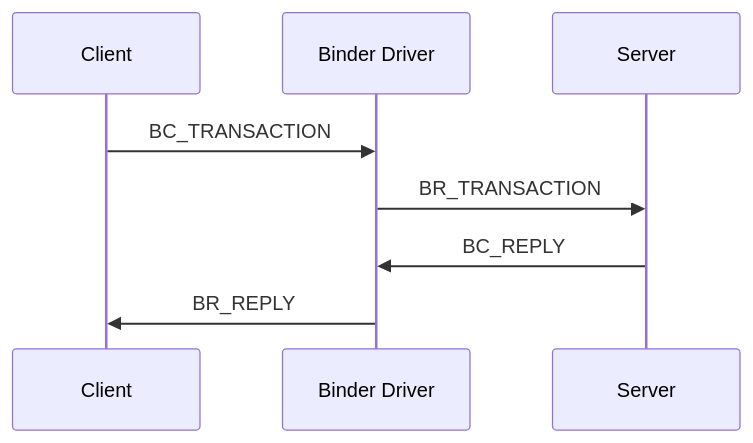
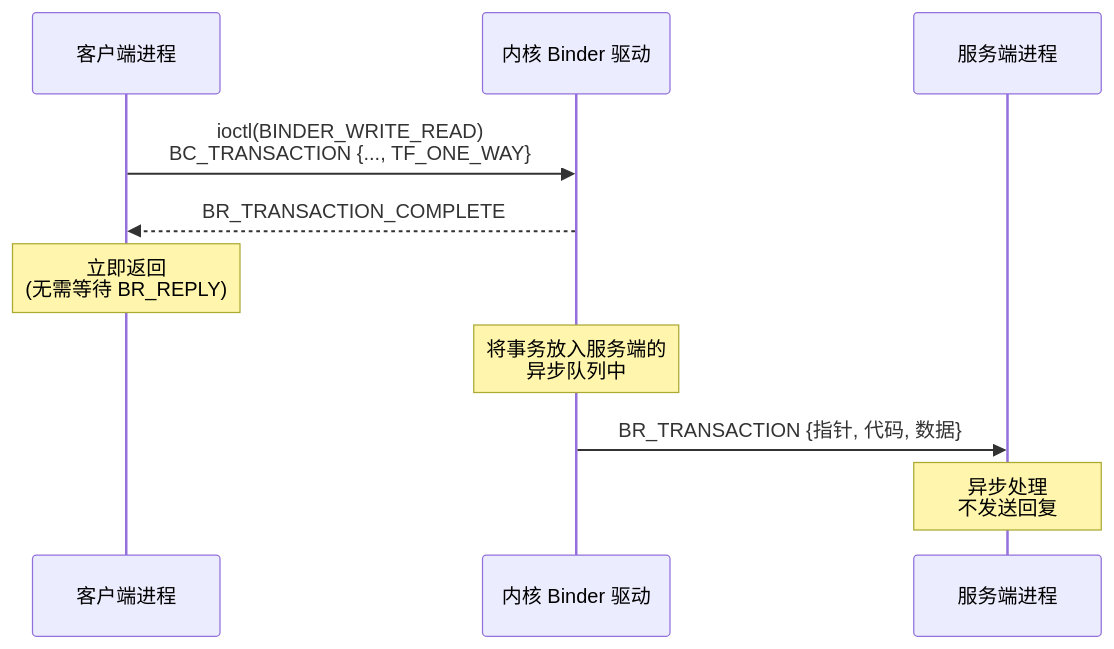
The third of 12 diagrams in 09-binder-ipc-zh.md (fwrite0920/aosp-internal-book), drawn with Mermaid before and after one commit. The commit also changed other lines of this file and 63 other files, not shown here.

````diff
--- a/09-binder-ipc-zh.md
+++ b/09-binder-ipc-zh.md
@@ -122,11 +295,14 @@
 ```mermaid
 sequenceDiagram
-    participant C as Client
-    participant K as Binder Driver
-    participant S as Server
+    participant Client as 客户端进程
+    participant KD as 内核 Binder 驱动
+    participant Server as 服务端进程
 
-    C->>K: BC_TRANSACTION
-    K->>S: BR_TRANSACTION
-    S->>K: BC_REPLY
-    K->>C: BR_REPLY
+    Client->>KD: ioctl(BINDER_WRITE_READ)<br/>BC_TRANSACTION {..., TF_ONE_WAY}
+    KD-->>Client: BR_TRANSACTION_COMPLETE
+    Note over Client: 立即返回<br/>(无需等待 BR_REPLY)
+
+    Note over KD: 将事务放入服务端的<br/>异步队列中
+    KD->>Server: BR_TRANSACTION {指针, 代码, 数据}
+    Note over Server: 异步处理<br/>不发送回复
 ```
````
